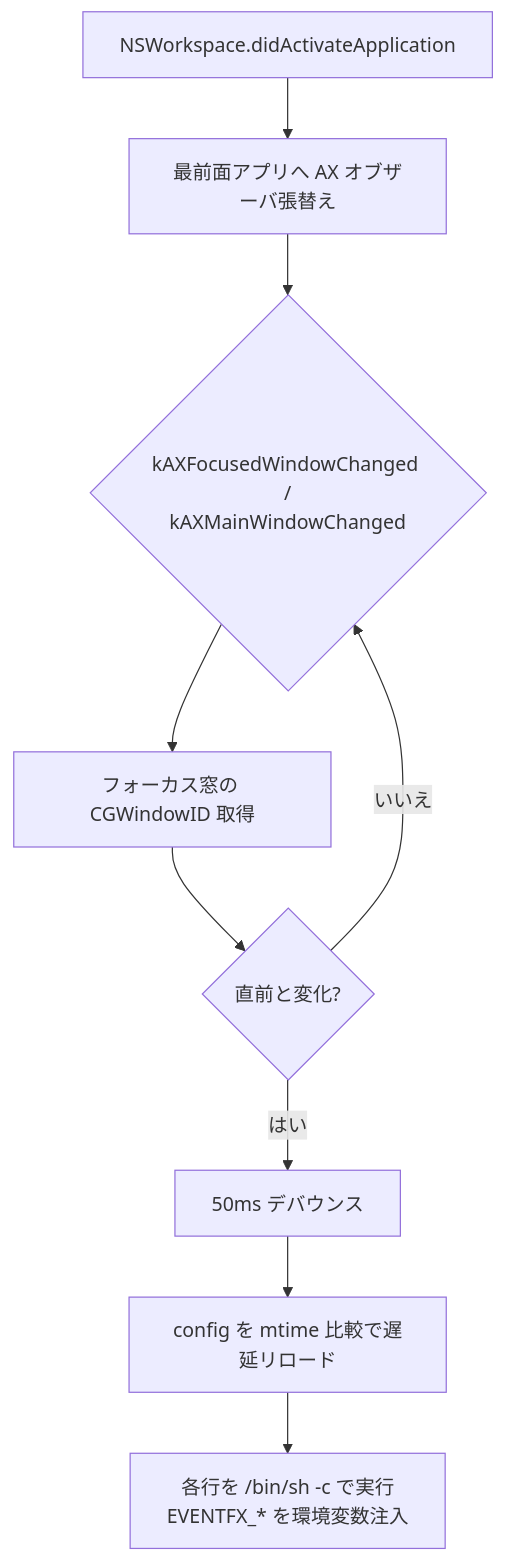
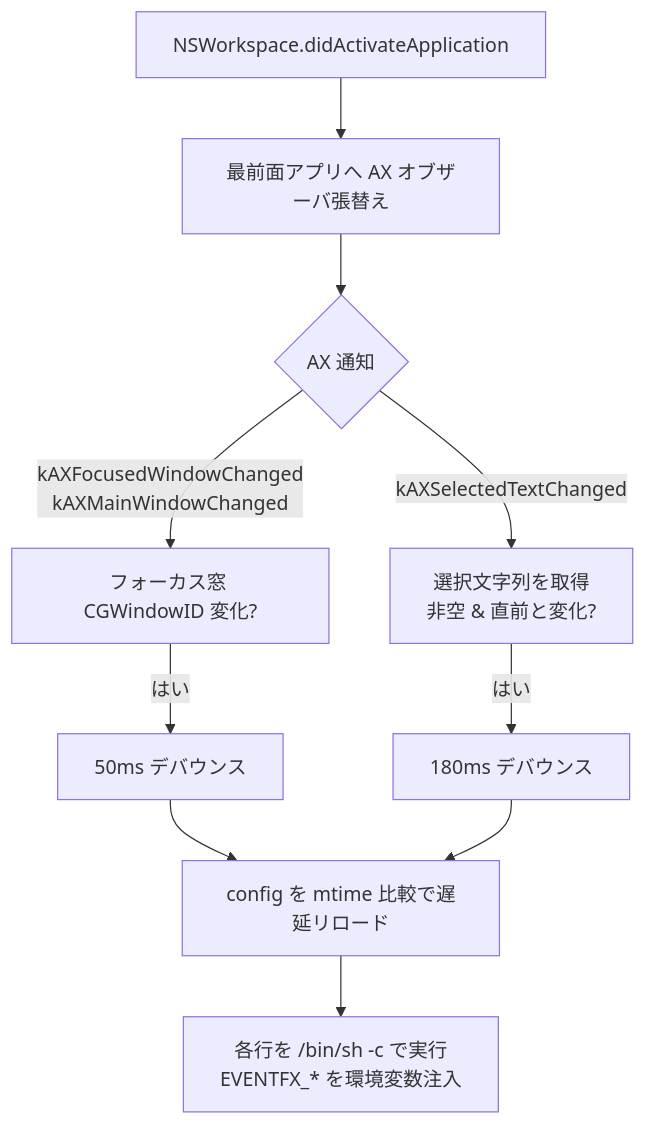
The diagram in README.ja.md (akira-toriyama/eventfx), drawn with Mermaid before and after one commit. The commit also changed other lines of this file and 5 other files, not shown here.

````diff
--- a/README.ja.md
+++ b/README.ja.md
@@ -20,11 +21,12 @@
 ```mermaid
 flowchart TD
     A[NSWorkspace.didActivateApplication] --> B[最前面アプリへ AX オブザーバ張替え]
-    B --> C{kAXFocusedWindowChanged /<br/>kAXMainWindowChanged}
-    C --> D[フォーカス窓の CGWindowID 取得]
-    D --> E{直前と変化?}
-    E -- いいえ --> C
-    E -- はい --> F[50ms デバウンス]
+    B --> C{AX 通知}
+    C -- kAXFocusedWindowChanged<br/>kAXMainWindowChanged --> D[フォーカス窓 CGWindowID 変化?]
+    C -- kAXSelectedTextChanged --> S[選択文字列を取得<br/>非空 &amp; 直前と変化?]
+    D -- はい --> F[50ms デバウンス]
+    S -- はい --> T[180ms デバウンス]
     F --> G[config を mtime 比較で遅延リロード]
+    T --> G
     G --> H[各行を /bin/sh -c で実行<br/>EVENTFX_* を環境変数注入]
 ```
````
